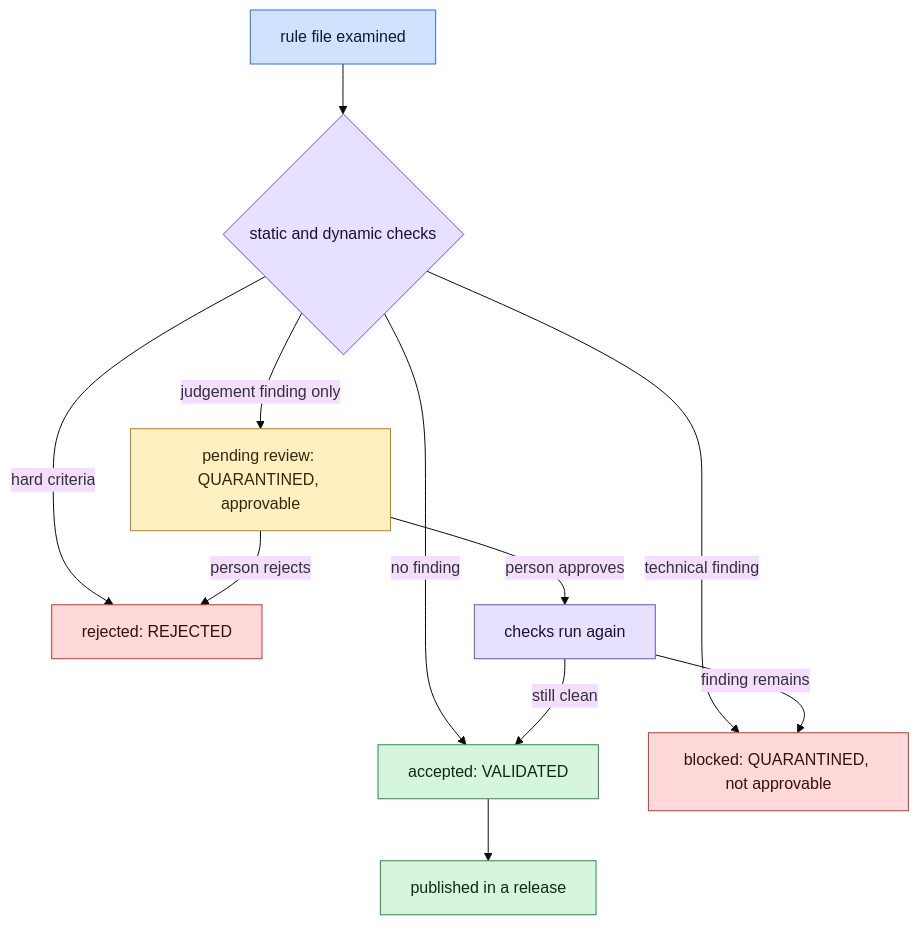
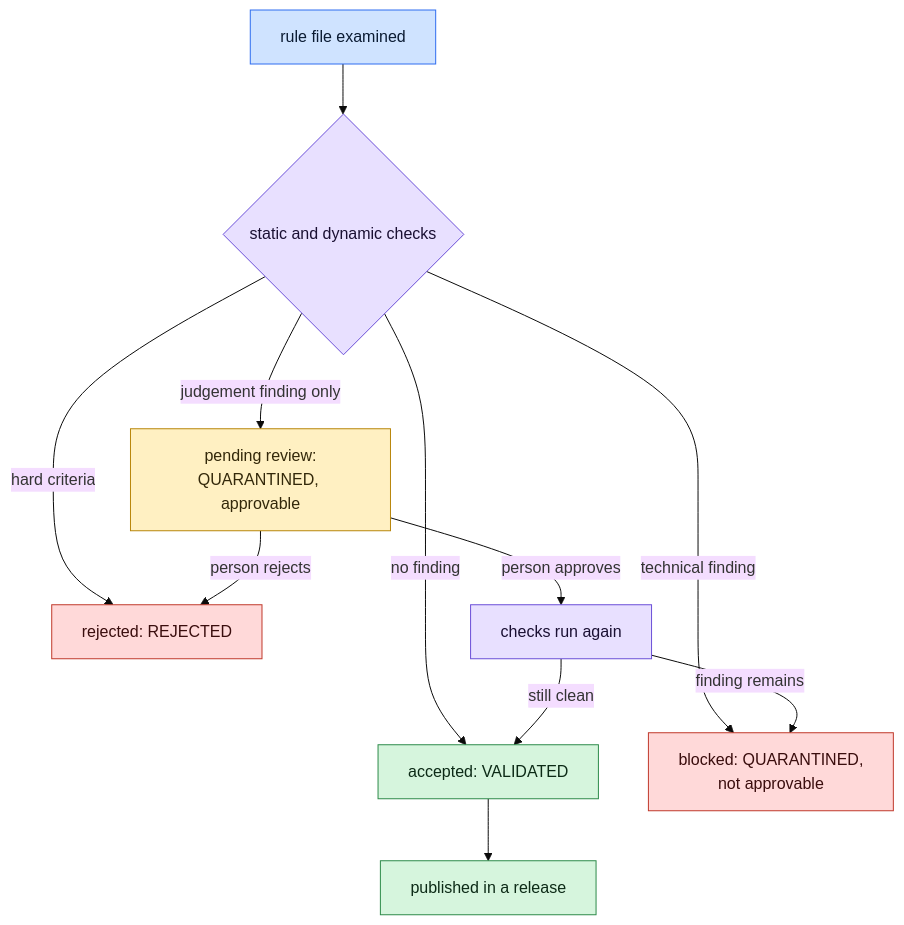
One commit to MacGuard/macguard-yara-channel changed the diagram in docs/wiki/diagrams/quarantine-lanes.mmd. Above: the diagram before and after it, drawn with Mermaid (base theme). The commit also changed 120 other files, not shown here.

```diff
--- a/docs/wiki/diagrams/quarantine-lanes.mmd
+++ b/docs/wiki/diagrams/quarantine-lanes.mmd
@@ -1,16 +1,16 @@
 flowchart TB
   F["rule file examined"]:::src --> S{"static and dynamic checks"}:::gate
   S -->|"no finding"| A["accepted: VALIDATED"]:::ok
   S -->|"hard criteria"| R["rejected: REJECTED"]:::bad
-  S -->|"technical finding"| B["blocked: QUARANTINED, not approvable"]:::bad
-  S -->|"judgement finding only"| P["pending review: QUARANTINED, approvable"]:::warn
+  S -->|"technical finding"| B["blocked: QUARANTINED,<br/>not approvable"]:::bad
+  S -->|"judgement finding only"| P["pending review:<br/>QUARANTINED, approvable"]:::warn
   P -->|"person approves"| V["checks run again"]:::gate
   V -->|"still clean"| A
   V -->|"finding remains"| B
   P -->|"person rejects"| R
   A --> PUB["published in a release"]:::ok
   classDef src fill:#cfe3ff,stroke:#2f6df0,color:#0b1b33
   classDef gate fill:#e8e0ff,stroke:#6b4fd8,color:#1a1033
   classDef ok fill:#d6f5dd,stroke:#2e8b4a,color:#0c2a16
   classDef warn fill:#fff0c2,stroke:#b8860b,color:#33280a
   classDef bad fill:#ffd9d9,stroke:#c0392b,color:#3a0d0d
```
